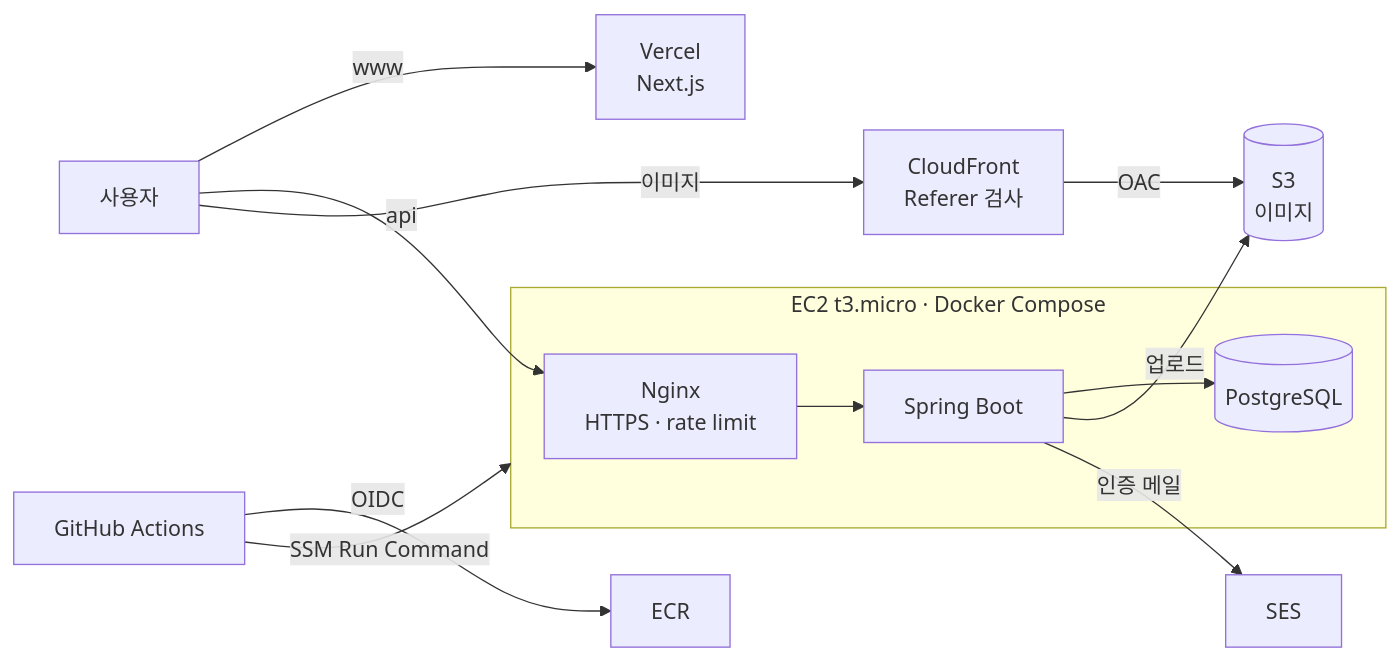
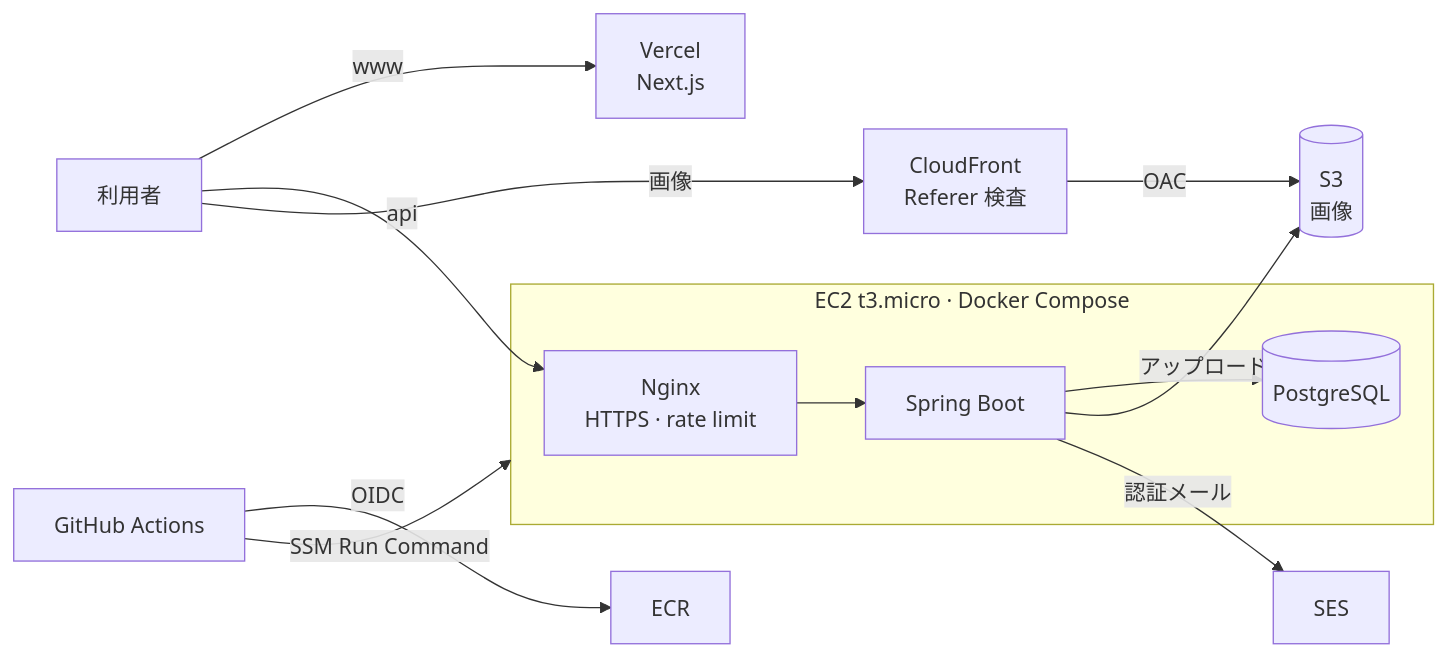
Before and after one commit to ahdeka/jpko-community: the diagram in README.md, drawn with Mermaid. The commit also changed other lines of this file and 1 other file, not shown here.

````diff
--- a/README.md
+++ b/README.md
@@ -44,18 +62,18 @@
 ```mermaid
 flowchart LR
-    U[사용자] -->|www| V[Vercel<br/>Next.js]
+    U[利用者] -->|www| V[Vercel<br/>Next.js]
     U -->|api| N[Nginx<br/>HTTPS · rate limit]
-    U -->|이미지| CF[CloudFront<br/>Referer 검사]
-    CF -->|OAC| S3[(S3<br/>이미지)]
+    U -->|画像| CF[CloudFront<br/>Referer 検査]
+    CF -->|OAC| S3[(S3<br/>画像)]
 
     subgraph EC2 [EC2 t3.micro · Docker Compose]
         N --> APP[Spring Boot]
         APP --> PG[(PostgreSQL)]
     end
 
-    APP -->|업로드| S3
-    APP -->|인증 메일| SES[SES]
+    APP -->|アップロード| S3
+    APP -->|認証メール| SES[SES]
 
     GH[GitHub Actions] -->|OIDC| ECR[ECR]
     GH -->|SSM Run Command| EC2
 ```
````
